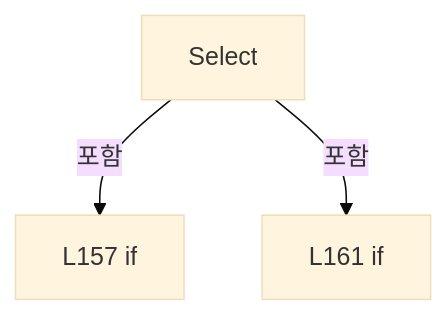
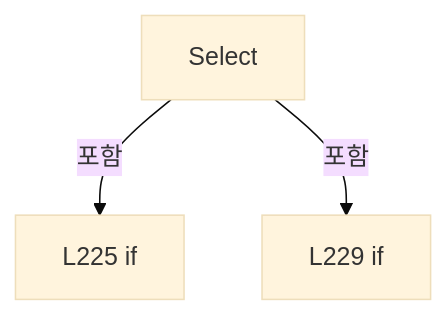
Before and after one commit to kjuws10-rgb/Shared: the fifth of 14 diagrams in A3 LD Code Ref/files/Drilling.UI/Menu/Menus/CMenuCorrection.ReviewData.cs.md, drawn with Mermaid (base theme). The commit also changed other lines of this file and 2071 other files, not shown here.

Commit message:
docs(a3): update 11.19.0 architecture and code reference

````diff
--- a/A3 LD Code Ref/files/Drilling.UI/Menu/Menus/CMenuCorrection.ReviewData.cs.md
+++ b/A3 LD Code Ref/files/Drilling.UI/Menu/Menus/CMenuCorrection.ReviewData.cs.md
@@ -1377,8 +1687,8 @@
 ```mermaid
 flowchart TD
  M["Select"]
- N0["L157 if"]
+ N0["L225 if"]
  M -->|포함| N0
- N1["L161 if"]
+ N1["L229 if"]
  M -->|포함| N1
 ```
````
